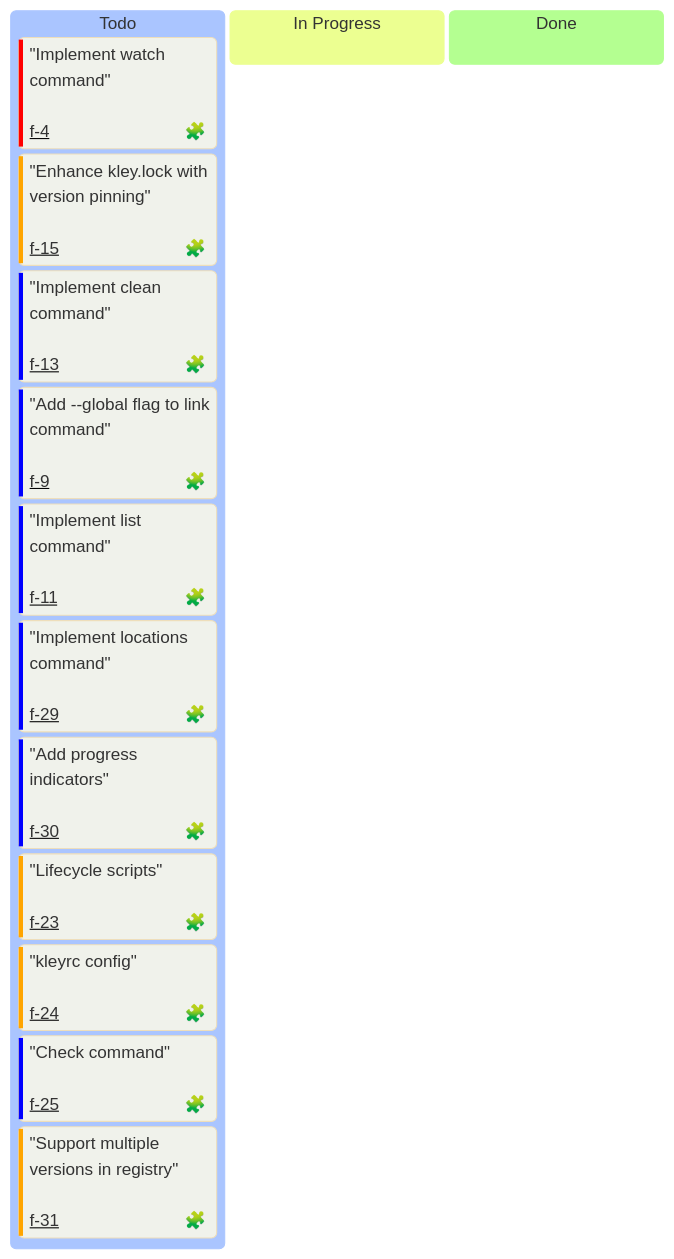
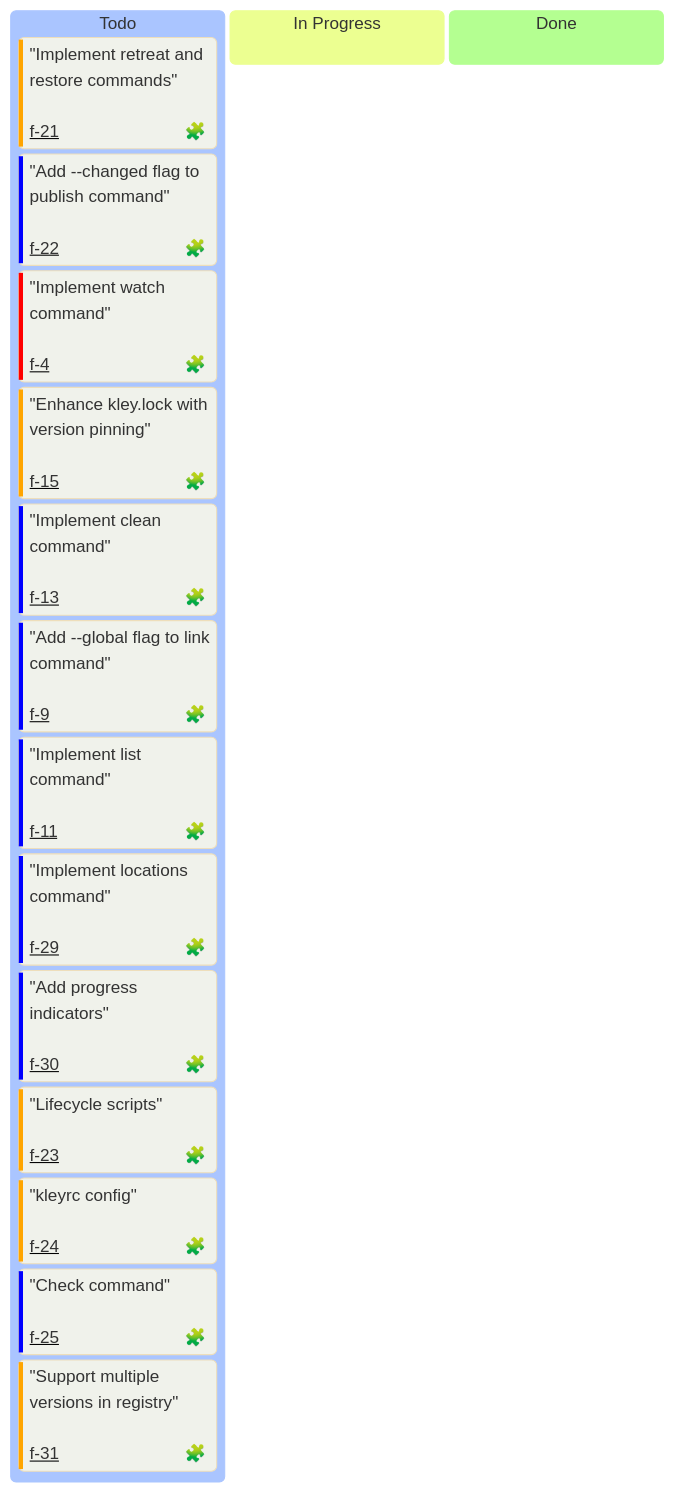
Before and after one commit to sumbad/kley: the diagram in docs/milestones/M2-extended.md, drawn with Mermaid. The commit also changed other lines of this file and 5 other files, not shown here.

````diff
--- a/docs/milestones/M2-extended.md
+++ b/docs/milestones/M2-extended.md
@@ -17,38 +17,40 @@
 ```mermaid
 ---
 config:
   kanban:
     ticketBaseUrl: 'https://github.com/sumbad/kley/tree/master/docs/tickets/#TICKET#.md'
     
     ### Legend
     # assigned - 🧩 = feat | 🐞 = bug
     # priority - `Very High` = Critical | `High` = High | `Low` = Medium | `Very Low` = Low
     # ticket - used for a ticket file name (tickets/#TICKET#.md)
 ---
 %%{init: {
   'theme': 'base',
   'themeVariables': {
     'darkMode': false,
     'background': '#F0F2EB'
   }
 }}%%
 
 kanban
     Todo
+        "Implement retreat and restore commands"<br/><br/>@{ assigned: 🧩, priority: 'High', ticket: 'f-21' }
+        "Add --changed flag to publish command"<br/><br/>@{ assigned: 🧩, priority: 'Low', ticket: 'f-22' }
         "Implement watch command"<br/><br/>@{ assigned: 🧩, priority: 'Very High', ticket: 'f-4' }
         "Enhance kley.lock with version pinning"<br/><br/>@{ assigned: 🧩, priority: 'High', ticket: 'f-15' }
         "Implement clean command"<br/><br/>@{ assigned: 🧩, priority: 'Low', ticket: 'f-13' }
         "Add --global flag to link command"<br/><br/>@{ assigned: 🧩, priority: 'Low', ticket: 'f-9' }
         "Implement list command"<br/><br/>@{ assigned: 🧩, priority: 'Low', ticket: 'f-11' }
         "Implement locations command"<br/><br/>@{ assigned: 🧩, priority: 'Low', ticket: 'f-29' }
         "Add progress indicators"<br/><br/>@{ assigned: 🧩, priority: 'Low', ticket: 'f-30' }
         "Lifecycle scripts"<br/><br/>@{ assigned: 🧩, priority: 'High', ticket: 'f-23' }
         "kleyrc config"<br/><br/>@{ assigned: 🧩, priority: 'High', ticket: 'f-24' }
         "Check command"<br/><br/>@{ assigned: 🧩, priority: 'Low', ticket: 'f-25' }
         "Support multiple versions in registry"<br/><br/>@{ assigned: 🧩, priority: 'High', ticket: 'f-31' }
 
     In Progress
 
     Done
 
 ```
````
